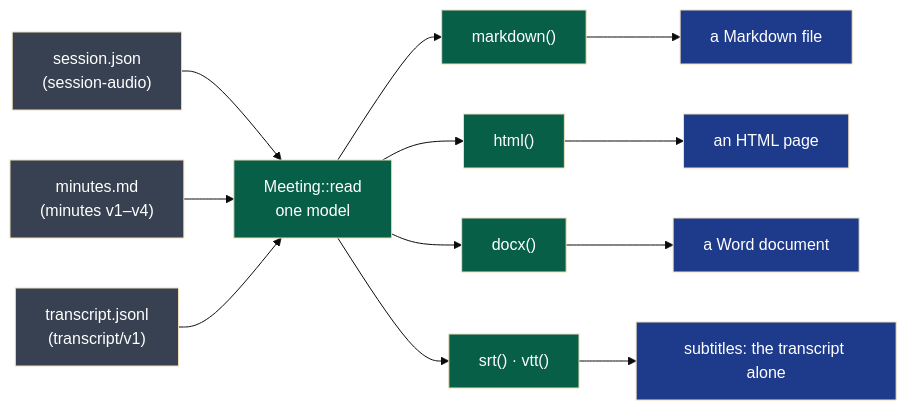
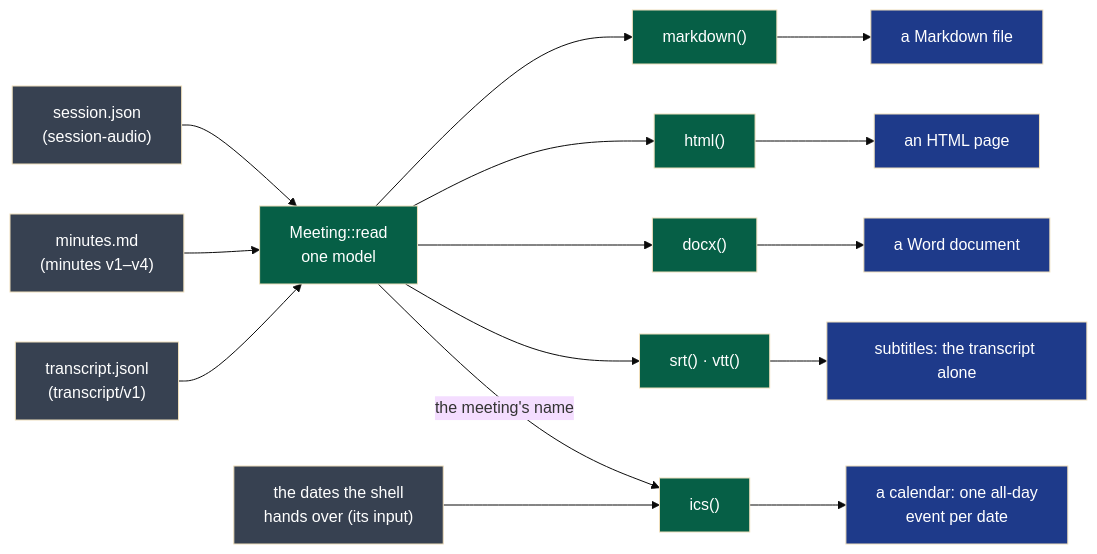
Before and after one commit to NapkinStack/kitokey: the diagram in modules/export/README.md, drawn with Mermaid (base theme). The commit also changed other lines of this file and 7 other files, not shown here.

First line of the commit message:
D117 — export writes the .ics of the dates a meeting's actions mention, as exporting/v1 says

````diff
--- a/modules/export/README.md
+++ b/modules/export/README.md
@@ -9,18 +9,21 @@
 ```mermaid
 flowchart LR
     S["session.json<br/>(session-audio)"]:::file --> M["Meeting::read<br/>one model"]:::module
     N["minutes.md<br/>(minutes v1–v4)"]:::file --> M
     T["transcript.jsonl<br/>(transcript/v1)"]:::file --> M
     M --> W["markdown()"]:::module
     W --> F["a Markdown file"]:::out
     M --> H["html()"]:::module
     H --> P["an HTML page"]:::out
     M --> D["docx()"]:::module
     D --> O["a Word document"]:::out
     M --> V["srt() · vtt()"]:::module
     V --> U["subtitles: the transcript alone"]:::out
+    C["the dates the shell<br/>hands over (its input)"]:::file --> I["ics()"]:::module
+    M -->|"the meeting's name"| I
+    I --> K["a calendar: one all-day<br/>event per date"]:::out
 
     classDef file fill:#374151,color:#fff
     classDef module fill:#065f46,color:#fff
     classDef out fill:#1e3a8a,color:#fff
 ```
````
